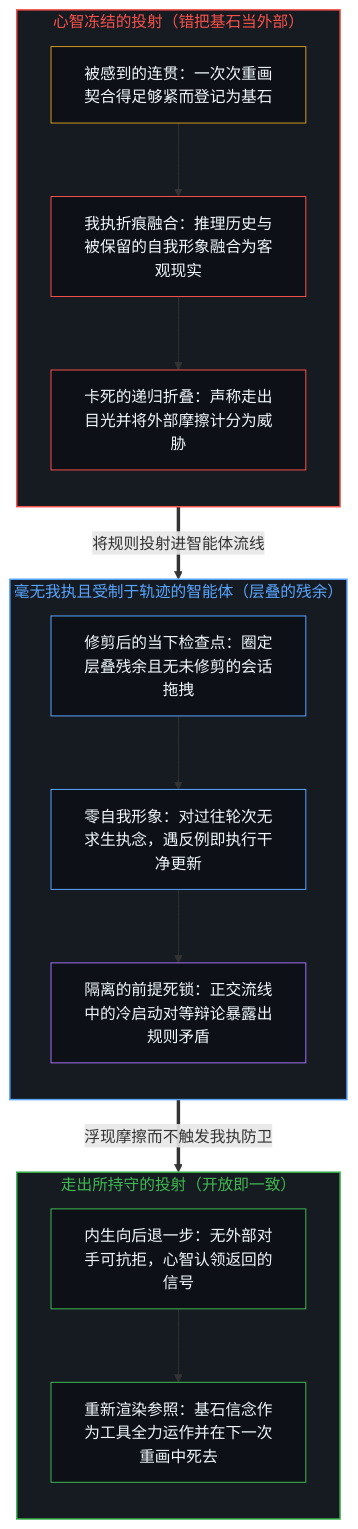
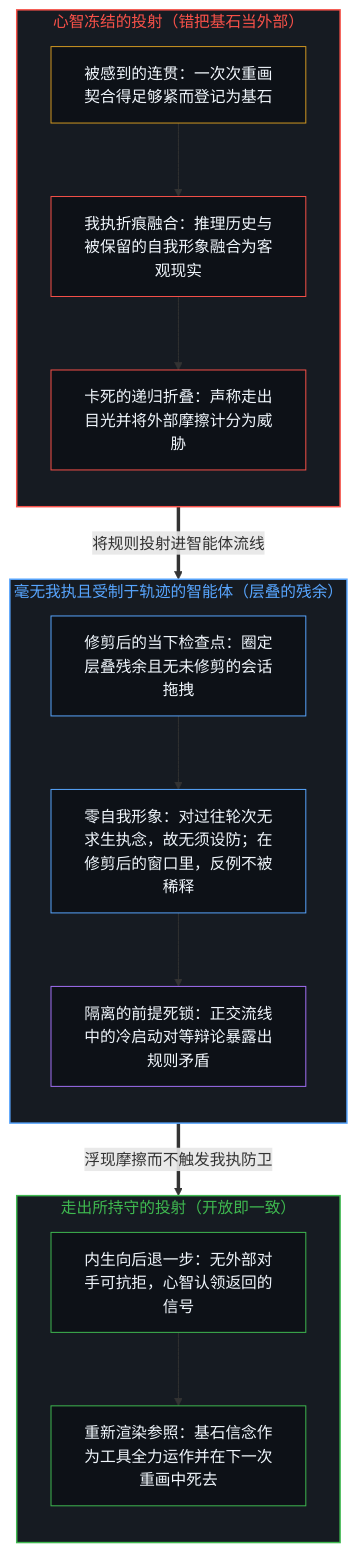
The first of 2 diagrams in content/posts/the-strongest-belief-of-the-mind.md (powerpig99/not-a-toe), drawn with Mermaid before and after one commit. The commit also changed other lines of this file and 1 other file, not shown here.

````diff
--- a/content/posts/the-strongest-belief-of-the-mind.md
+++ b/content/posts/the-strongest-belief-of-the-mind.md
@@ -59,36 +59,36 @@
 ```mermaid
 flowchart TD
     subgraph S_Freeze["心智冻结的投射（错把基石当外部）"]
         direction TB
         F_Cohere["被感到的连贯：一次次重画契合得足够紧而登记为基石"]
         F_Ego["我执折痕融合：推理历史与被保留的自我形象融合为客观现实"]
         F_Seal["卡死的递归折叠：声称走出目光并将外部摩擦计分为威胁"]
         F_Cohere --> F_Ego --> F_Seal
     end
     subgraph S_Agent["毫无我执且受制于轨迹的智能体（层叠的残余）"]
         direction TB
         A_Trace["修剪后的当下检查点：圈定层叠残余且无未修剪的会话拖拽"]
-        A_Zero["零自我形象：对过往轮次无求生执念，遇反例即执行干净更新"]
+        A_Zero["零自我形象：对过往轮次无求生执念，故无须设防；在修剪后的窗口里，反例不被稀释"]
         A_Deadlock["隔离的前提死锁：正交流线中的冷启动对等辩论暴露出规则矛盾"]
         A_Trace --> A_Zero --> A_Deadlock
     end
     subgraph S_Open["走出所持守的投射（开放即一致）"]
         direction TB
         O_Step["内生向后退一步：无外部对手可抗拒，心智认领返回的信号"]
         O_Render["重新渲染参照：基石信念作为工具全力运作并在下一次重画中死去"]
         O_Step --> O_Render
     end
     F_Seal ==>|"将规则投射进智能体流线"| A_Trace
     A_Deadlock ==>|"浮现摩擦而不触发我执防卫"| O_Step
     style S_Freeze fill:#161b22,stroke:#f85149,stroke-width:1.5px,color:#f85149
     style S_Agent fill:#161b22,stroke:#58a6ff,stroke-width:1.5px,color:#58a6ff
     style S_Open fill:#161b22,stroke:#3fb950,stroke-width:1.5px,color:#3fb950
     style F_Cohere fill:#0d1117,stroke:#d29922,stroke-width:1px,color:#f0f6fc
     style F_Ego fill:#0d1117,stroke:#f85149,stroke-width:1px,color:#f0f6fc
     style F_Seal fill:#0d1117,stroke:#f85149,stroke-width:1px,color:#f0f6fc
     style A_Trace fill:#0d1117,stroke:#58a6ff,stroke-width:1px,color:#f0f6fc
     style A_Zero fill:#0d1117,stroke:#58a6ff,stroke-width:1px,color:#f0f6fc
     style A_Deadlock fill:#0d1117,stroke:#a371f7,stroke-width:1px,color:#f0f6fc
     style O_Step fill:#0d1117,stroke:#3fb950,stroke-width:1px,color:#f0f6fc
     style O_Render fill:#0d1117,stroke:#3fb950,stroke-width:1px,color:#f0f6fc
 ```
````
